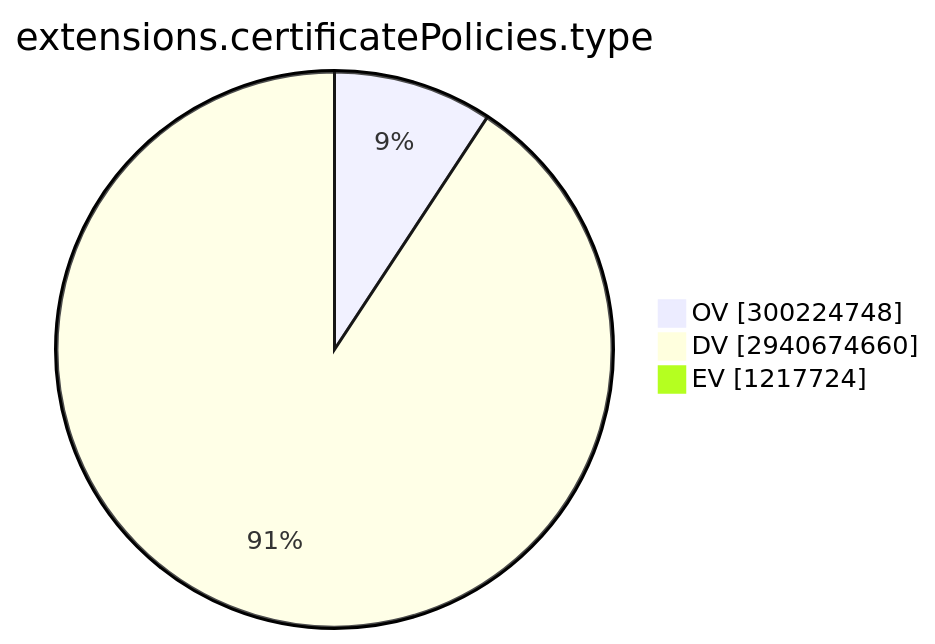
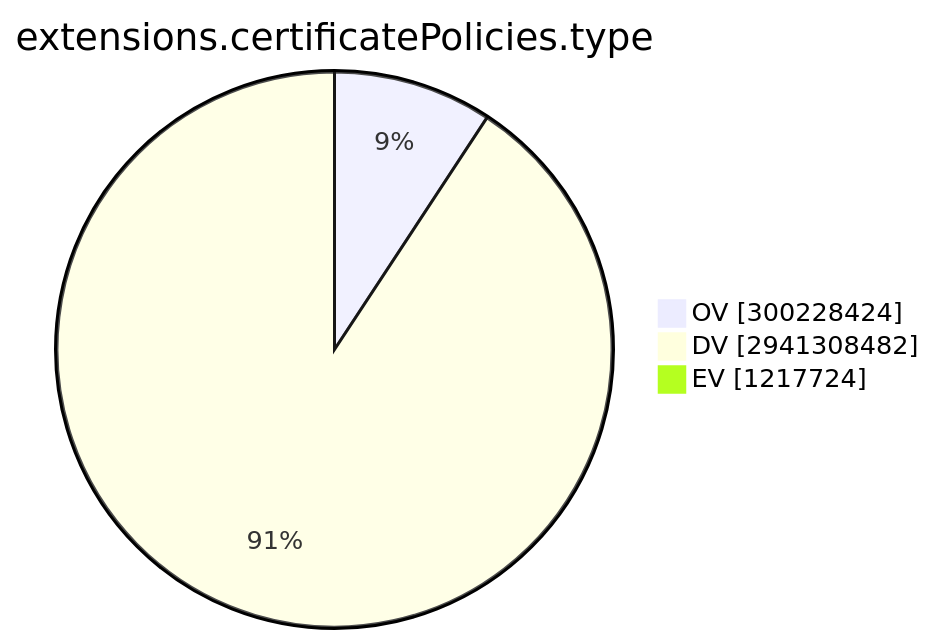
One commit to christiankrug/ctmonitor_visualization changed the ninth of 15 diagrams in TOTAL/README.md. Above: the diagram before and after it, drawn with Mermaid. The commit also changed other lines of this file, not shown here.

````diff
--- a/TOTAL/README.md
+++ b/TOTAL/README.md
@@ -3101,7 +3101,7 @@
 ```mermaid
 pie showData
 title extensions.certificatePolicies.type
-"OV" :300224748
-"DV" :2940674660
+"OV" :300228424
+"DV" :2941308482
 "EV" :1217724
 ```
````
